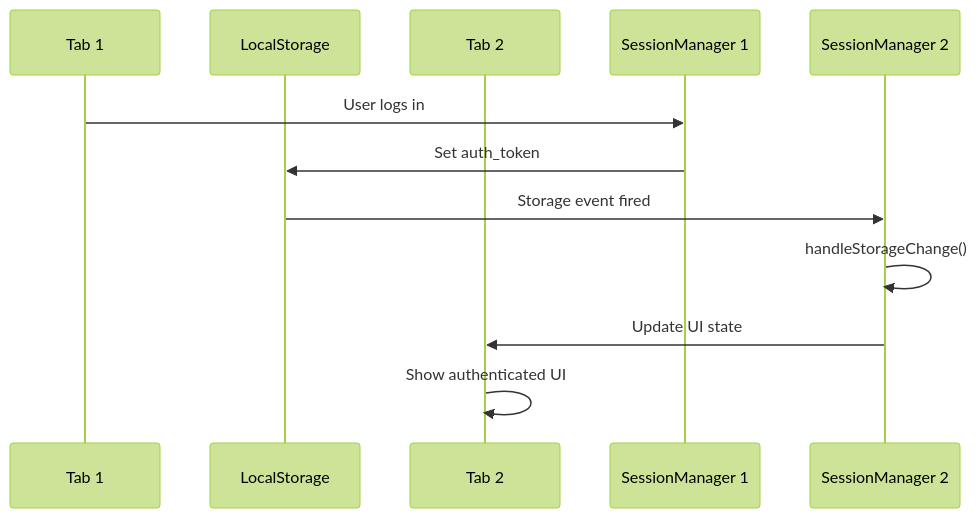
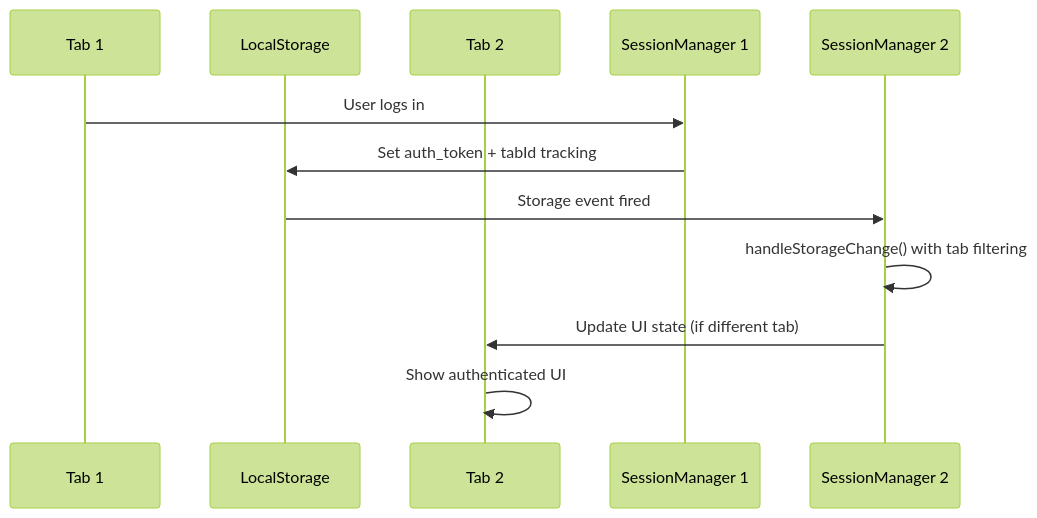
Before and after one commit to TayMcQuaya/AudioBook-Organizer: the third of 3 diagrams in documentation/IMPORTANT/SESSION_MANAGEMENT_AUTH_GUIDE.md, drawn with Mermaid (forest theme). The commit also changed other lines of this file and 7 other files, not shown here.

````diff
--- a/documentation/IMPORTANT/SESSION_MANAGEMENT_AUTH_GUIDE.md
+++ b/documentation/IMPORTANT/SESSION_MANAGEMENT_AUTH_GUIDE.md
@@ -550,15 +750,15 @@
 ```mermaid
 sequenceDiagram
     participant T1 as Tab 1
     participant LS as LocalStorage
     participant T2 as Tab 2
     participant SM1 as SessionManager 1
     participant SM2 as SessionManager 2
 
     T1->>SM1: User logs in
-    SM1->>LS: Set auth_token
+    SM1->>LS: Set auth_token + tabId tracking
     LS->>SM2: Storage event fired
-    SM2->>SM2: handleStorageChange()
-    SM2->>T2: Update UI state
+    SM2->>SM2: handleStorageChange() with tab filtering
+    SM2->>T2: Update UI state (if different tab)
     T2->>T2: Show authenticated UI
 ```
````
